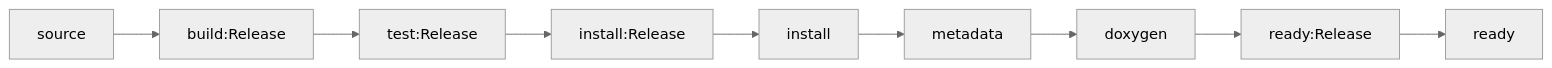
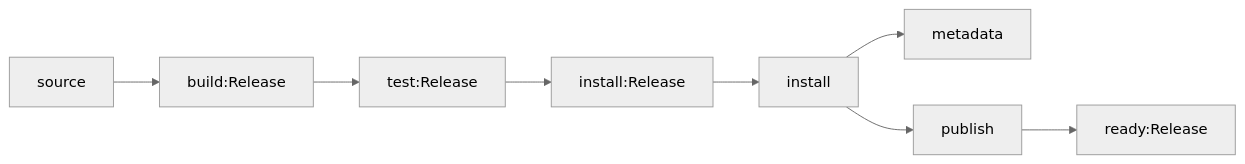
Before and after one commit to adeccscholar/BuildEngine-Admin: the eighth of 8 diagrams in admin/server-docs/build-libraries.md, drawn with Mermaid (neutral theme). The commit also changed other lines of this file, not shown here.

````diff
--- a/admin/server-docs/build-libraries.md
+++ b/admin/server-docs/build-libraries.md
@@ -410,11 +297,10 @@
 ```mermaid
 flowchart LR
     S[source] --> B[build:Release]
     B --> T[test:Release]
     T --> I[install:Release]
     I --> IA[install]
     IA --> M[metadata]
-    M --> D[doxygen]
-    D --> R[ready:Release]
-    R --> RA[ready]
+    IA --> P[publish]
+    P --> R[ready:Release]
 ```
````
